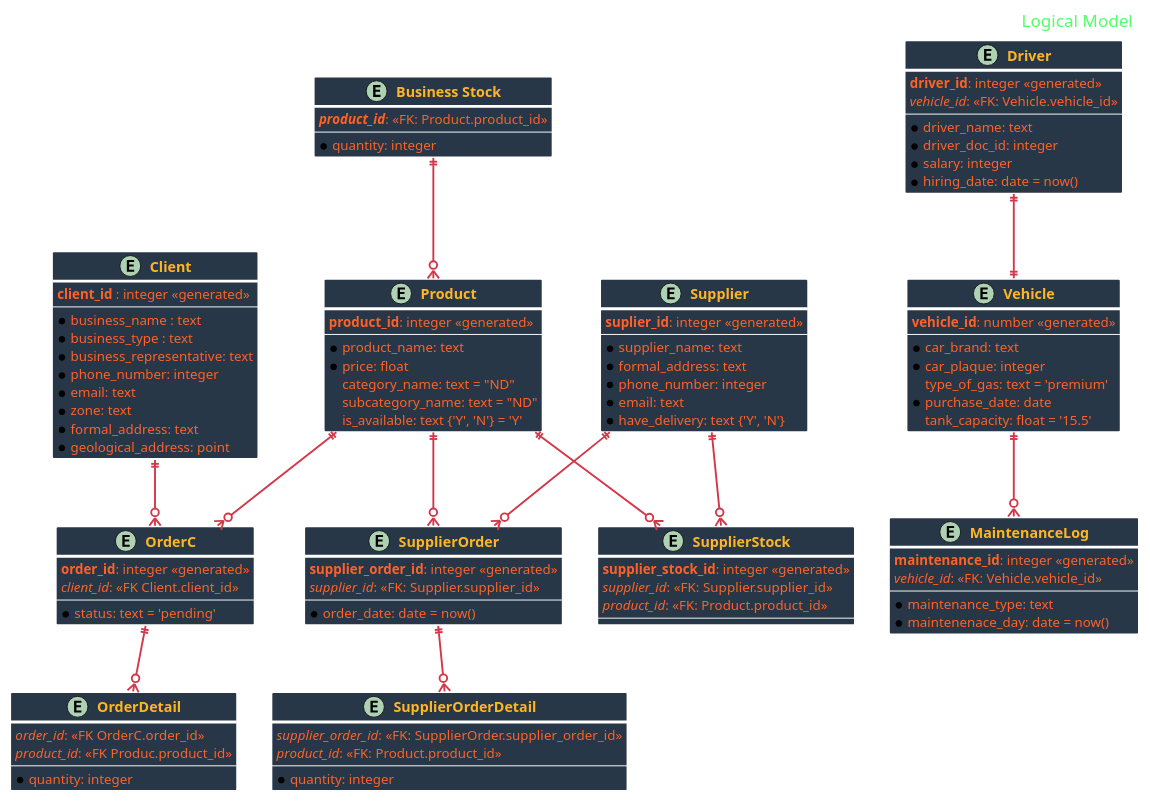
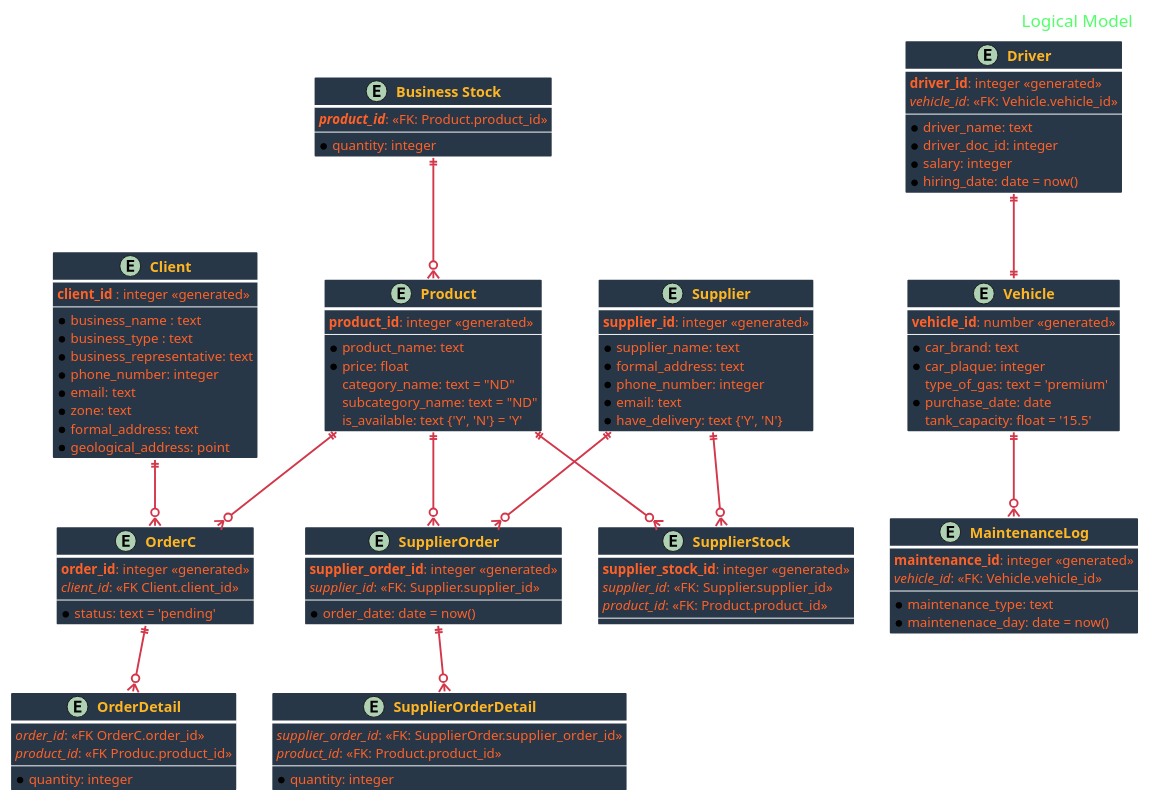
One commit to hros19/CorreCaminos-management-system changed the diagram in logical_diagram.puml. Above: the diagram before and after it, drawn with PlantUML.

```diff
--- a/logical_diagram.puml
+++ b/logical_diagram.puml
@@ -1,139 +1,139 @@
 @startuml Logical Database Model
 
 skinparam BackgroundColor transparent
 
 skinparam HeaderFontColor #52FF69
 skinparam HeaderFontSize 18
 
 skinparam ArrowFontSize 15
 skinparam ArrowColor D3374A
 skinparam ArrowThickness 2
 skinparam ArrowFontColor #3FD0C4
 
 skinparam ClassBorderColor white
 skinparam ClassBorderThickness 3
 skinparam ClassAttributeFontSize 14
 skinparam ClassAttributeFontColor FF6127
 skinparam ClassBackgroundColor #283747
 skinparam ClassFontSize 15
 skinparam ClassFontStyle Bold
 skinparam ClassFontColor #FFB623
 
 
 header Logical Model
 
 entity "Client" as Client {
   **client_id** : integer <<generated>>
   --
   *business_name : text
   *business_type : text
   *business_representative: text
   *phone_number: integer
   *email: text
   *zone: text
   *formal_address: text
   *geological_address: point
 }
 
 entity "Vehicle" as Vehicle {
     **vehicle_id**: number <<generated>>
     --
     *car_brand: text
     *car_plaque: integer
     type_of_gas: text = 'premium'
     *purchase_date: date
     tank_capacity: float = '15.5' 
 }
 
 entity "MaintenanceLog" as MaintenanceLog {
     **maintenance_id**: integer <<generated>>
      //vehicle_id//: <<FK: Vehicle.vehicle_id>> 
     --
     *maintenance_type: text
     *maintenenace_day: date = now()
 }
 
 entity "Driver" as Driver {
     **driver_id**: integer <<generated>>
     //vehicle_id//: <<FK: Vehicle.vehicle_id>>
     --
     *driver_name: text
     *driver_doc_id: integer
     *salary: integer
     *hiring_date: date = now()
 }
 
 entity "OrderC" as OrderC{
     **order_id**: integer <<generated>>
     //client_id//: <<FK Client.client_id>>
     --
     *status: text = 'pending'
 }
 
 entity "OrderDetail" as OrderDetail {
     //order_id//: <<FK OrderC.order_id>>
     //product_id//: <<FK Produc.product_id>>
     --
     *quantity: integer
 }
 
 entity "Business Stock" as BusinessStock {
     **//product_id//**: <<FK: Product.product_id>>
     --
     *quantity: integer
 }
 
 entity "Supplier" as Supplier {
-    **suplier_id**: integer <<generated>>
+    **supplier_id**: integer <<generated>>
     --
     *supplier_name: text
     *formal_address: text
     *phone_number: integer
     *email: text
     *have_delivery: text {'Y', 'N'}
 }
 
 entity "Product" as Product {
     **product_id**: integer <<generated>>
     --
     *product_name: text
     *price: float
     category_name: text = "ND"
     subcategory_name: text = "ND"
     is_available: text {'Y', 'N'} = 'Y'
 }
 
 entity "SupplierStock" as SupplierStock {
     **supplier_stock_id**: integer <<generated>>
     //supplier_id//: <<FK: Supplier.supplier_id>>
     //product_id//: <<FK: Product.product_id>>
     --
 }
 
 entity "SupplierOrder" as SupplierOrder {
     **supplier_order_id**: integer <<generated>>
     //supplier_id//: <<FK: Supplier.supplier_id>>
     --
    *order_date: date = now()
 }
 
 entity "SupplierOrderDetail" as SupplierOrderDetail {
     //supplier_order_id//: <<FK: SupplierOrder.supplier_order_id>>
     //product_id//: <<FK: Product.product_id>>
     --
     *quantity: integer
 }
 
 Driver ||--|| Vehicle
 Vehicle ||--o{ MaintenanceLog
 Client ||--o{ OrderC
 Product ||--o{ OrderC
 OrderC ||--o{ OrderDetail
 Supplier ||--o{ SupplierOrder
 Supplier ||--o{ SupplierStock
 Product ||--o{ SupplierStock
 Product ||--o{ SupplierOrder
 BusinessStock ||--o{ Product
 SupplierOrder ||--o{  SupplierOrderDetail
 
 @enduml
```
